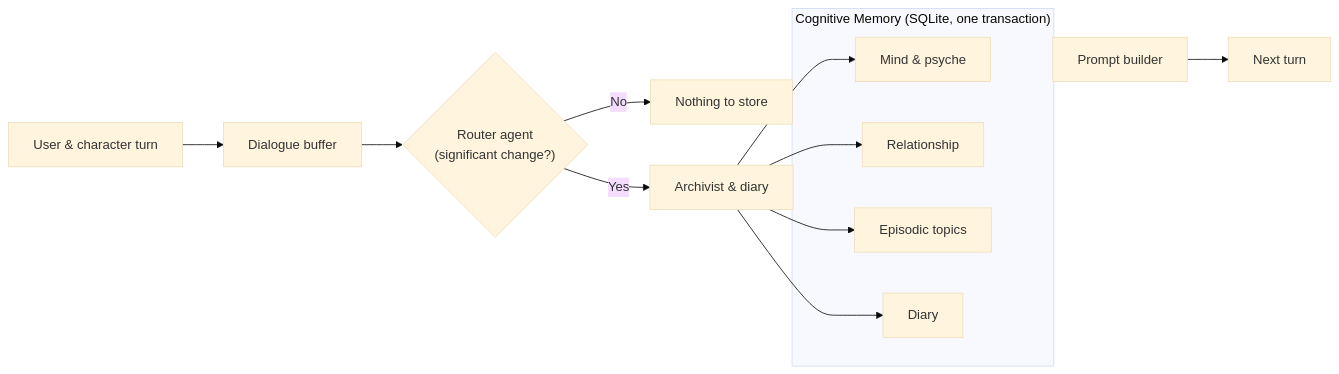
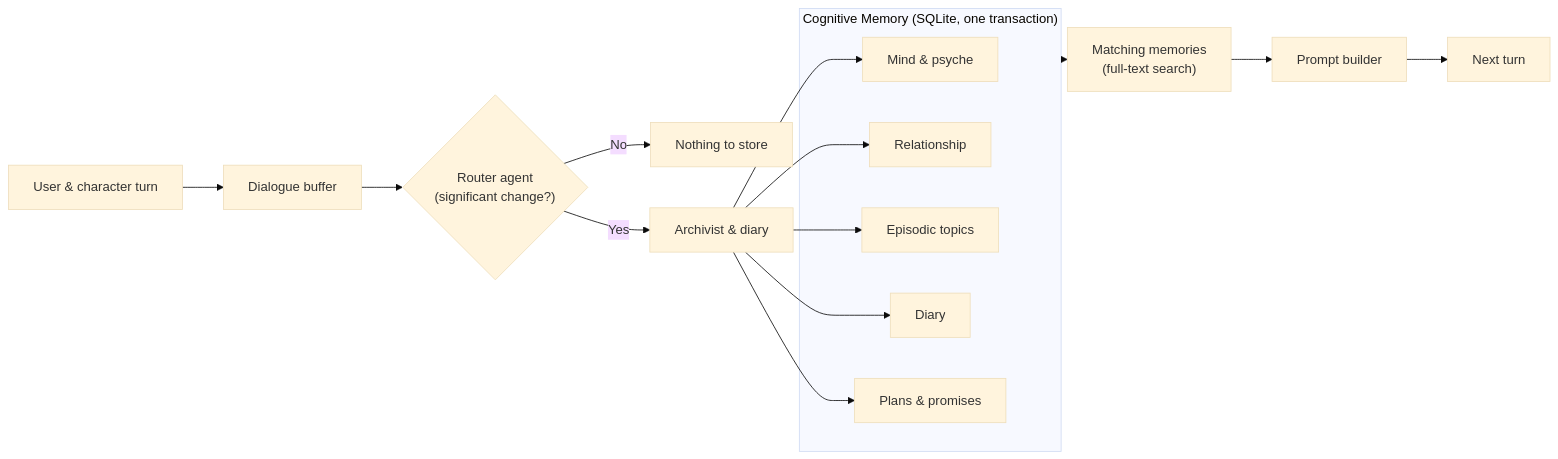
One commit to SnowwhiteOakheart/OtakuSoul changed the second of 2 diagrams in README.md. Above: the diagram before and after it, drawn with Mermaid (base theme). The commit also changed other lines of this file and 2 other files, not shown here.

````diff
--- a/README.md
+++ b/README.md
@@ -227,15 +230,16 @@
 ```mermaid
 flowchart LR
     Turn["User & character turn"] --> Buffer["Dialogue buffer"]
     Buffer --> Router{"Router agent<br/>(significant change?)"}
     Router -->|No| Idle["Nothing to store"]
     Router -->|Yes| Pipeline["Archivist & diary"]
     subgraph SQLiteMemory["Cognitive Memory (SQLite, one transaction)"]
         Psyche["Mind & psyche"]
         Rel["Relationship"]
         Episodes["Episodic topics"]
         Diary["Diary"]
+        Plans["Plans & promises"]
     end
-    Pipeline --> Psyche & Rel & Episodes & Diary
-    SQLiteMemory --> Prompt["Prompt builder"] --> Next["Next turn"]
+    Pipeline --> Psyche & Rel & Episodes & Diary & Plans
+    SQLiteMemory --> Search["Matching memories<br/>(full-text search)"] --> Prompt["Prompt builder"] --> Next["Next turn"]
 ```
````
